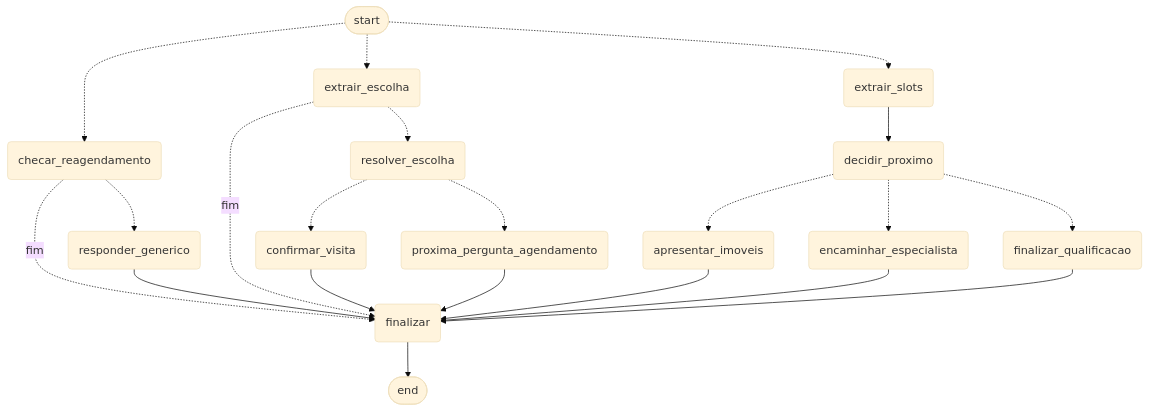
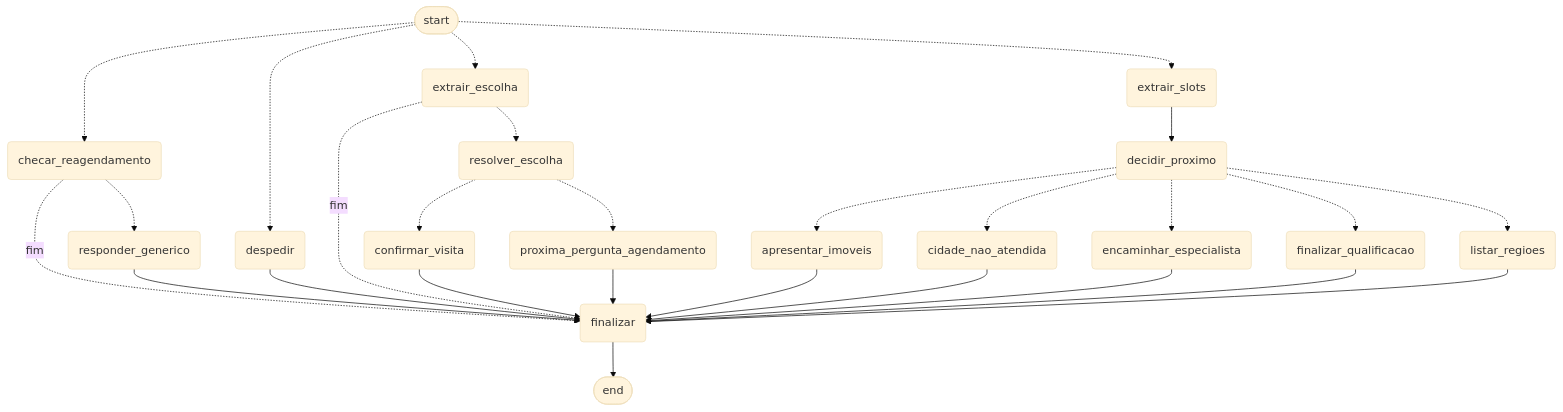
The second of 2 diagrams in ARQUITETURA.md (pos-fiap-ia-devs/Hackathon-fase-5), drawn with Mermaid (base theme) before and after one commit. The commit also changed other lines of this file, not shown here.

Commit message:
Add new nodes for region listing and unserved cities in flowchart

````diff
--- a/ARQUITETURA.md
+++ b/ARQUITETURA.md
@@ -75,37 +75,46 @@
 ```mermaid
 graph TD
 	__start__([start]):::first
 	extrair_slots(extrair_slots)
 	decidir_proximo(decidir_proximo)
 	apresentar_imoveis(apresentar_imoveis)
 	encaminhar_especialista(encaminhar_especialista)
+	listar_regioes(listar_regioes)
+	cidade_nao_atendida(cidade_nao_atendida)
 	finalizar_qualificacao(finalizar_qualificacao)
 	extrair_escolha(extrair_escolha)
 	resolver_escolha(resolver_escolha)
 	confirmar_visita(confirmar_visita)
 	proxima_pergunta_agendamento(proxima_pergunta_agendamento)
 	checar_reagendamento(checar_reagendamento)
 	responder_generico(responder_generico)
+	despedir(despedir)
 	finalizar(finalizar)
 	__end__([end]):::last
 	__start__ -.-> checar_reagendamento
+	__start__ -.-> despedir
 	__start__ -.-> extrair_escolha
 	__start__ -.-> extrair_slots
+	apresentar_imoveis --> finalizar
 	checar_reagendamento -. fim .-> finalizar
 	checar_reagendamento -.-> responder_generico
+	cidade_nao_atendida --> finalizar
+	confirmar_visita --> finalizar
 	decidir_proximo -.-> apresentar_imoveis
+	decidir_proximo -.-> cidade_nao_atendida
 	decidir_proximo -.-> encaminhar_especialista
 	decidir_proximo -.-> finalizar_qualificacao
+	decidir_proximo -.-> listar_regioes
+	despedir --> finalizar
+	encaminhar_especialista --> finalizar
 	extrair_escolha -. fim .-> finalizar
 	extrair_escolha -.-> resolver_escolha
 	extrair_slots --> decidir_proximo
+	finalizar_qualificacao --> finalizar
+	listar_regioes --> finalizar
+	proxima_pergunta_agendamento --> finalizar
 	resolver_escolha -.-> confirmar_visita
 	resolver_escolha -.-> proxima_pergunta_agendamento
-	apresentar_imoveis --> finalizar
-	confirmar_visita --> finalizar
-	encaminhar_especialista --> finalizar
-	finalizar_qualificacao --> finalizar
-	proxima_pergunta_agendamento --> finalizar
 	responder_generico --> finalizar
 	finalizar --> __end__
 ```
````
